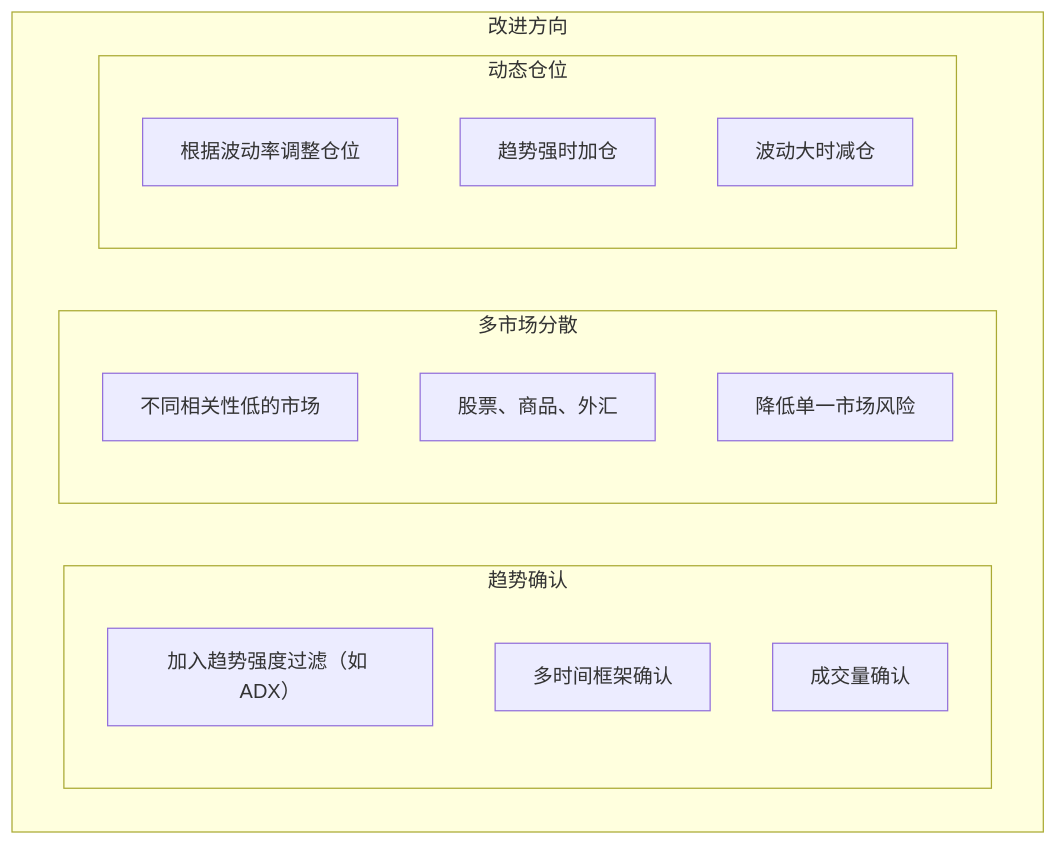
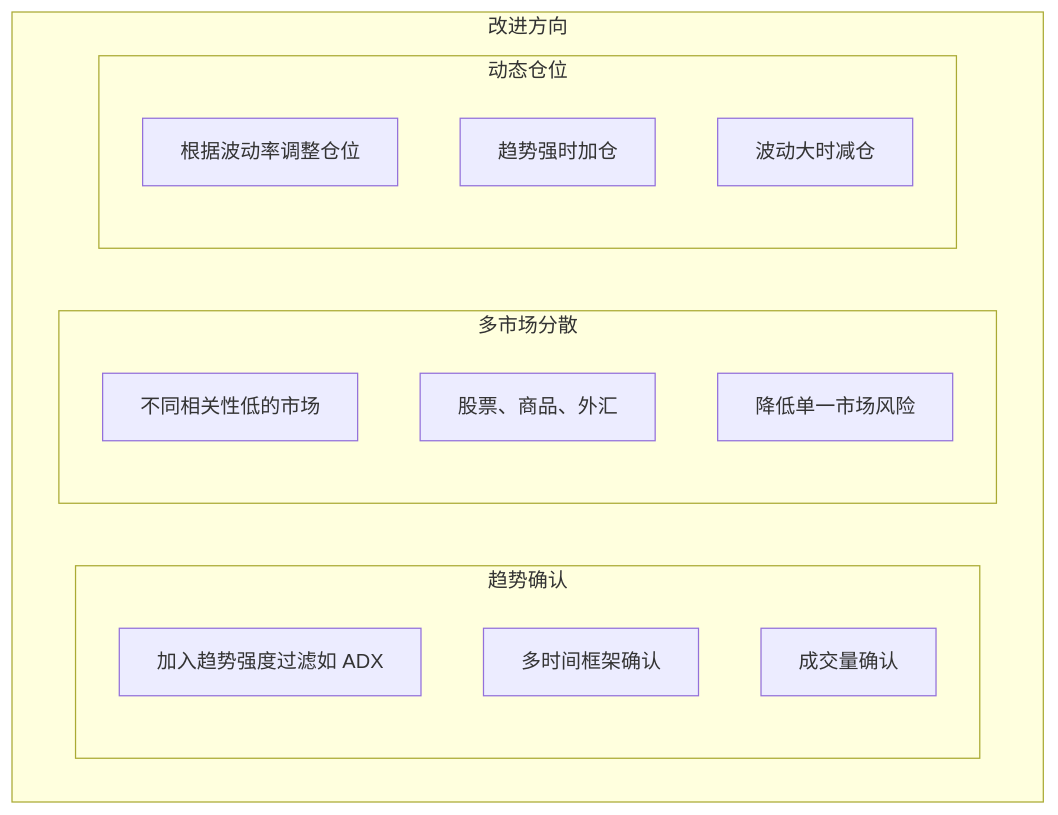
The fourth of 17 diagrams in content/articles/quant/quant-05-个人量化常用策略详解.md (jpixy/jpixy.github.io), drawn with Mermaid before and after one commit. The commit also changed other lines of this file and 66 other files, not shown here.

Commit message:
fix: resolve Mermaid syntax errors by removing parentheses in node labels

````diff
--- a/content/articles/quant/quant-05-个人量化常用策略详解.md
+++ b/content/articles/quant/quant-05-个人量化常用策略详解.md
@@ -148,20 +148,20 @@
 ```mermaid
 graph TB
     subgraph 改进["改进方向"]
         subgraph 趋势确认
-            Q1["加入趋势强度过滤（如 ADX）"]
+            Q1["加入趋势强度过滤如 ADX"]
             Q2["多时间框架确认"]
             Q3["成交量确认"]
         end
         subgraph 多市场分散
             F1["不同相关性低的市场"]
             F2["股票、商品、外汇"]
             F3["降低单一市场风险"]
         end
         subgraph 动态仓位
             C1["根据波动率调整仓位"]
             C2["趋势强时加仓"]
             C3["波动大时减仓"]
         end
     end
 ```
````
